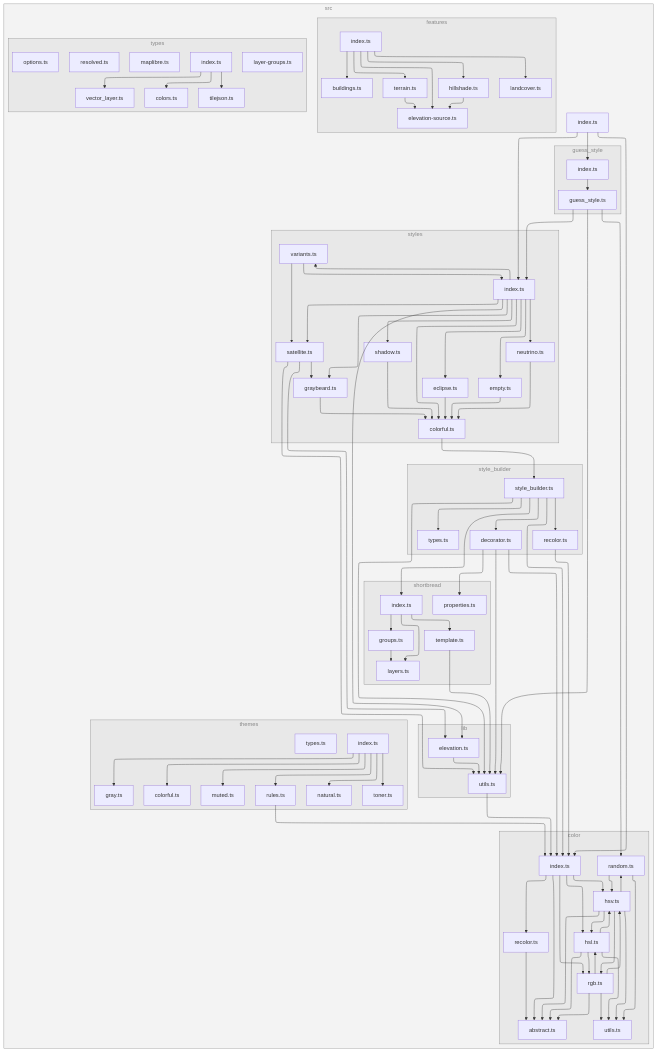
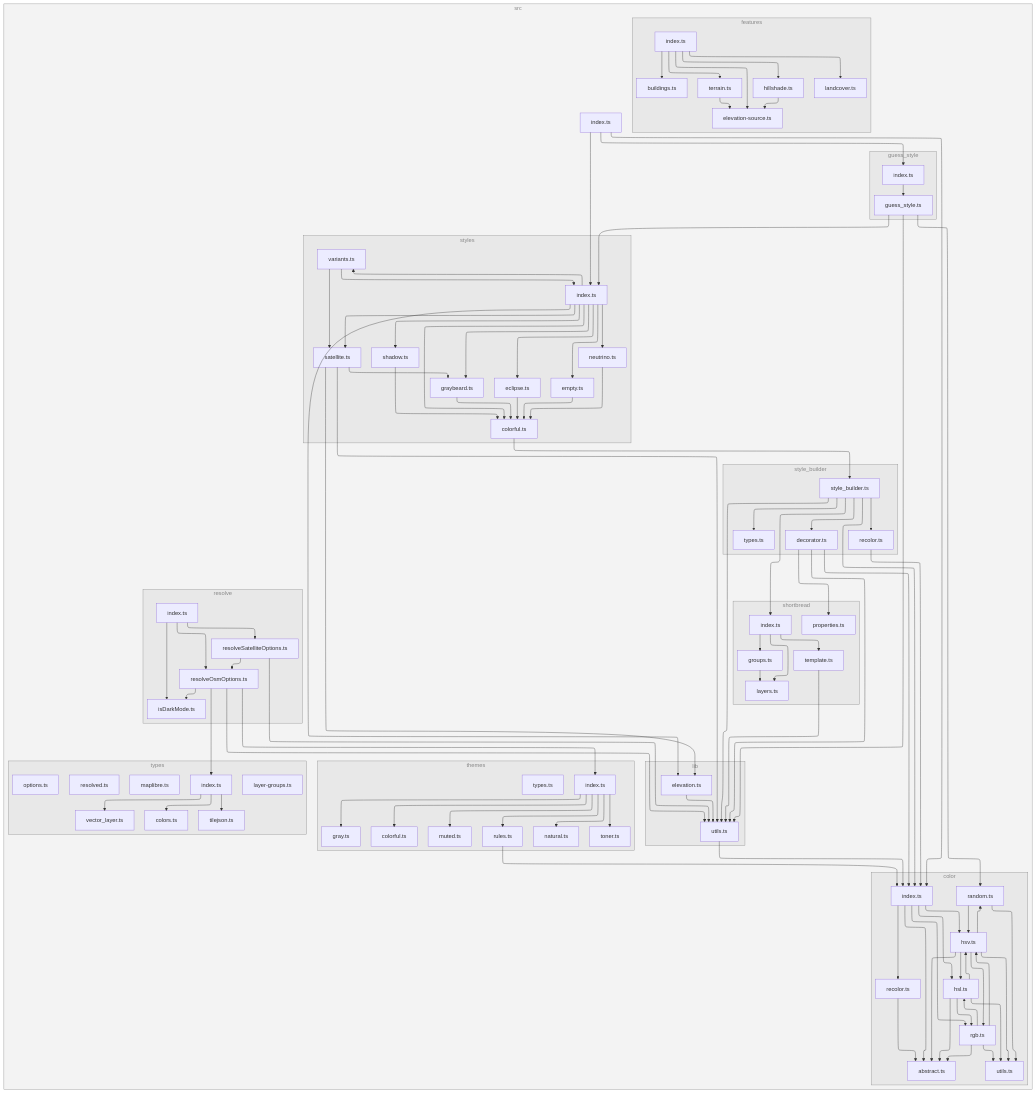
Before and after one commit to versatiles-org/versatiles-style: the diagram in README.md, drawn with Mermaid. The commit also changed 5 other files, not shown here.

Commit message:
feat: add resolve functions for osm and satellite options

````diff
--- a/README.md
+++ b/README.md
@@ -207,25 +207,31 @@
 X["properties.ts"]
 end
 18["index.ts"]
-subgraph 19["themes"]
-1A["colorful.ts"]
-1B["gray.ts"]
-1C["index.ts"]
-1D["muted.ts"]
-1E["natural.ts"]
-1F["rules.ts"]
-1G["toner.ts"]
-1H["types.ts"]
+subgraph 19["resolve"]
+1A["index.ts"]
+1B["isDarkMode.ts"]
+1C["resolveOsmOptions.ts"]
+1Q["resolveSatelliteOptions.ts"]
 end
-subgraph 1I["types"]
-1J["colors.ts"]
-1K["index.ts"]
-1L["tilejson.ts"]
-1M["vector_layer.ts"]
-1N["layer-groups.ts"]
-1O["maplibre.ts"]
-1P["options.ts"]
-1Q["resolved.ts"]
+subgraph 1D["themes"]
+1E["index.ts"]
+1F["colorful.ts"]
+1G["gray.ts"]
+1H["muted.ts"]
+1I["natural.ts"]
+1J["rules.ts"]
+1K["toner.ts"]
+1R["types.ts"]
+end
+subgraph 1L["types"]
+1M["index.ts"]
+1N["colors.ts"]
+1O["tilejson.ts"]
+1P["vector_layer.ts"]
+1S["layer-groups.ts"]
+1T["maplibre.ts"]
+1U["options.ts"]
+1V["resolved.ts"]
 end
 end
 3-->2
@@ -300,17 +306,26 @@
 18-->8
 18-->17
 18-->M
-1C-->1A
+1A-->1B
+1A-->1C
+1A-->1Q
+1C-->K
+1C-->1E
+1C-->1M
 1C-->1B
-1C-->1D
-1C-->1E
-1C-->1F
-1C-->1G
-1F-->8
-1K-->1J
-1K-->1L
-1K-->1M
+1E-->1F
+1E-->1G
+1E-->1H
+1E-->1I
+1E-->1J
+1E-->1K
+1J-->8
+1M-->1N
+1M-->1O
+1M-->1P
+1Q-->K
+1Q-->1C
 
-class 0,1,A,H,J,L,P,R,19,1I subgraphs;
+class 0,1,A,H,J,L,P,R,19,1D,1L subgraphs;
 classDef subgraphs fill-opacity:0.1, fill:#888, color:#888, stroke:#888;
 ```
````
